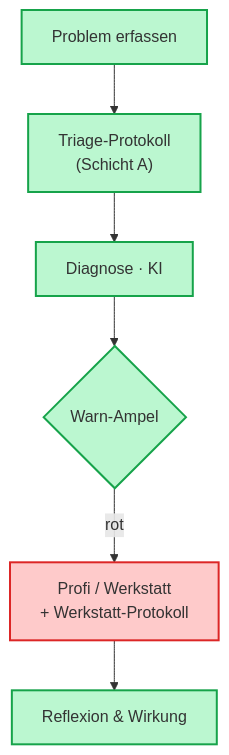
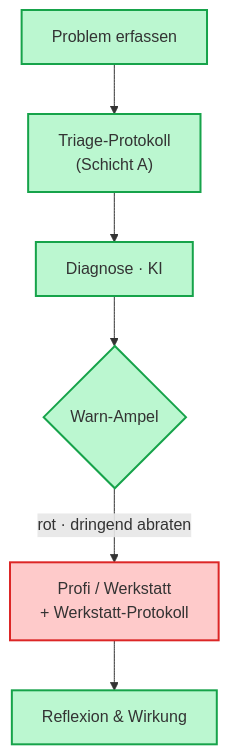
The seventh of 10 diagrams in docs/konzept.adoc (DigitaleOberlausitz/hackathon2026_RepairApp), drawn with Mermaid before and after one commit. The commit also changed other lines of this file, not shown here.

```diff
--- a/docs/konzept.adoc
+++ b/docs/konzept.adoc
@@ -328,12 +337,12 @@
 [mermaid]
 ....
 flowchart TD
   P[Problem erfassen] --> T["Triage-Protokoll<br/>(Schicht A)"]
   T --> D[Diagnose · KI] --> A{Warn-Ampel}
-  A -->|rot| Prof["Profi / Werkstatt<br/>+ Werkstatt-Protokoll"]
+  A -->|"rot · dringend abraten"| Prof["Profi / Werkstatt<br/>+ Werkstatt-Protokoll"]
   Prof --> W[Reflexion & Wirkung]
   classDef path fill:#bbf7d0,stroke:#16a34a,stroke-width:2px
   classDef red fill:#fecaca,stroke:#dc2626,stroke-width:2px
   class P,T,D,A,W path
   class Prof red
 ....
```
